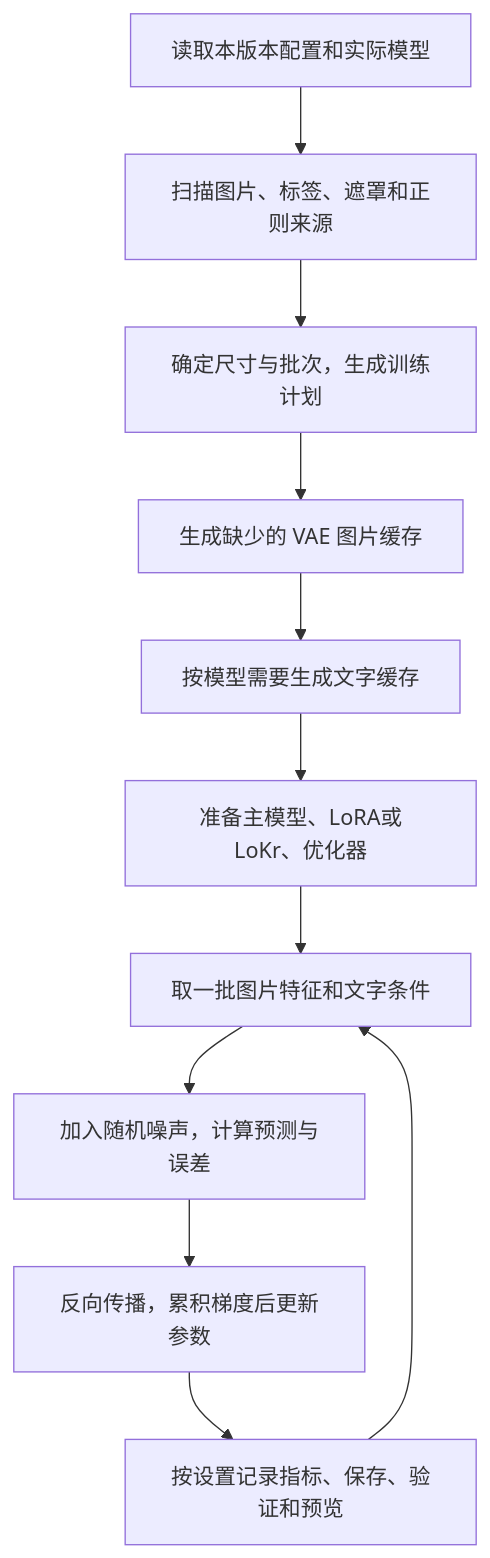
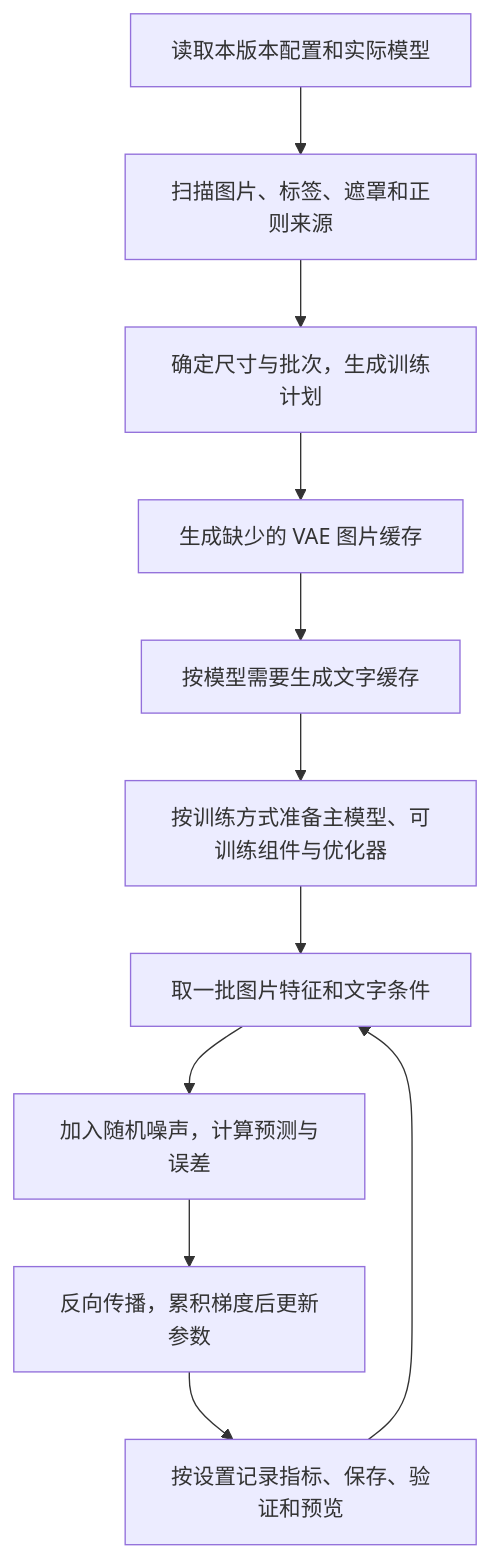
One commit to YPuddin-Neko/YPuddinTrainStudio changed the diagram in docs/TRAINING_PARAMETERS.md. Above: the diagram before and after it, drawn with Mermaid. The commit also changed other lines of this file and 100 other files, not shown here.

````diff
--- a/docs/TRAINING_PARAMETERS.md
+++ b/docs/TRAINING_PARAMETERS.md
@@ -25,13 +25,13 @@
 ```mermaid
 flowchart TD
     A[读取本版本配置和实际模型] --> B[扫描图片、标签、遮罩和正则来源]
     B --> C[确定尺寸与批次，生成训练计划]
     C --> D[生成缺少的 VAE 图片缓存]
     D --> E[按模型需要生成文字缓存]
-    E --> F[准备主模型、LoRA或LoKr、优化器]
+    E --> F[按训练方式准备主模型、可训练组件与优化器]
     F --> G[取一批图片特征和文字条件]
     G --> H[加入随机噪声，计算预测与误差]
     H --> I[反向传播，累积梯度后更新参数]
     I --> J[按设置记录指标、保存、验证和预览]
     J --> G
 ```
````
